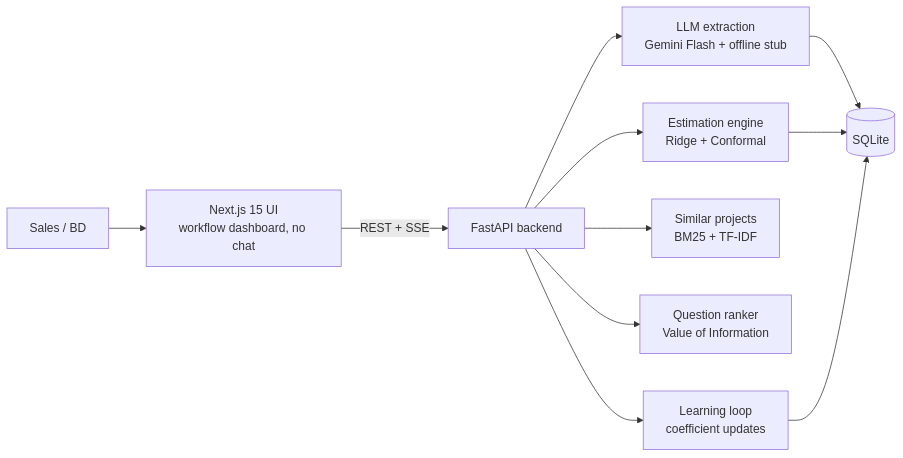
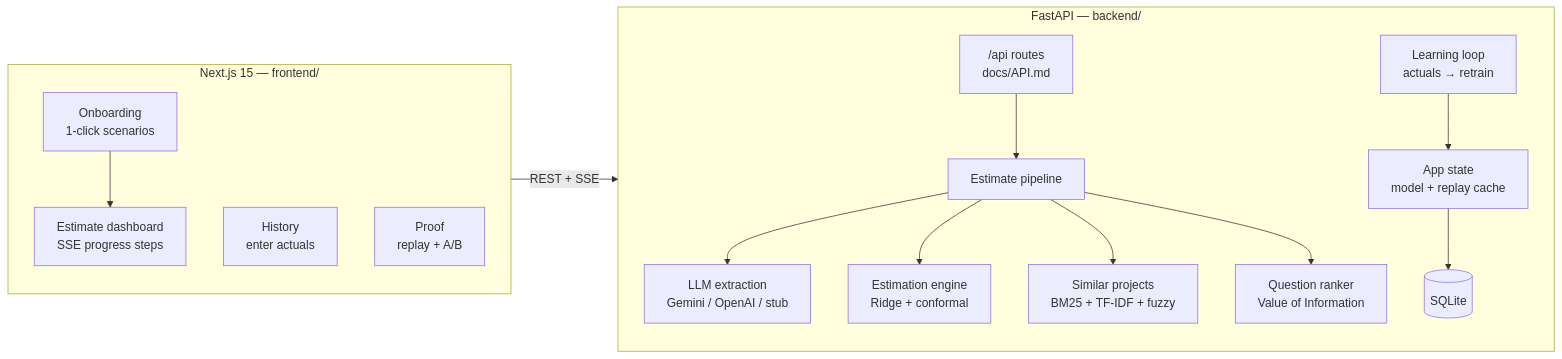
One commit to iknizzz1807/the-estimator changed the diagram in README.md. Above: the diagram before and after it, drawn with Mermaid. The commit also changed other lines of this file, not shown here.

Commit message:
docs: complete README — architecture, quickstart, proof, honest limitations

````diff
--- a/README.md
+++ b/README.md
@@ -26,13 +30,20 @@
 ```mermaid
 flowchart LR
-    U[Sales / BD] --> FE[Next.js 15 UI<br/>workflow dashboard, no chat]
-    FE -->|REST + SSE| API[FastAPI backend]
-    API --> EX[LLM extraction<br/>Gemini Flash + offline stub]
-    API --> EST[Estimation engine<br/>Ridge + Conformal]
-    API --> SIM[Similar projects<br/>BM25 + TF-IDF]
-    API --> VOI[Question ranker<br/>Value of Information]
-    API --> LRN[Learning loop<br/>coefficient updates]
-    EX --> DB[(SQLite)]
-    EST --> DB
-    LRN --> DB
+    subgraph FE["Next.js 15 — frontend/"]
+        OB[Onboarding<br/>1-click scenarios] --> EST[Estimate dashboard<br/>SSE progress steps]
+        HIST[History<br/>enter actuals]
+        PROOF[Proof<br/>replay + A/B]
+    end
+
+    subgraph BE["FastAPI — backend/"]
+        R["/api routes<br/>docs/API.md"] --> PIPE[Estimate pipeline]
+        PIPE --> EX[LLM extraction<br/>Gemini / OpenAI / stub]
+        PIPE --> ENG[Estimation engine<br/>Ridge + conformal]
+        PIPE --> SIM[Similar projects<br/>BM25 + TF-IDF + fuzzy]
+        PIPE --> VOI[Question ranker<br/>Value of Information]
+        STATE[App state<br/>model + replay cache] --> DB[(SQLite)]
+        LEARN[Learning loop<br/>actuals → retrain] --> STATE
+    end
+
+    FE -->|REST + SSE| BE
 ```
````
